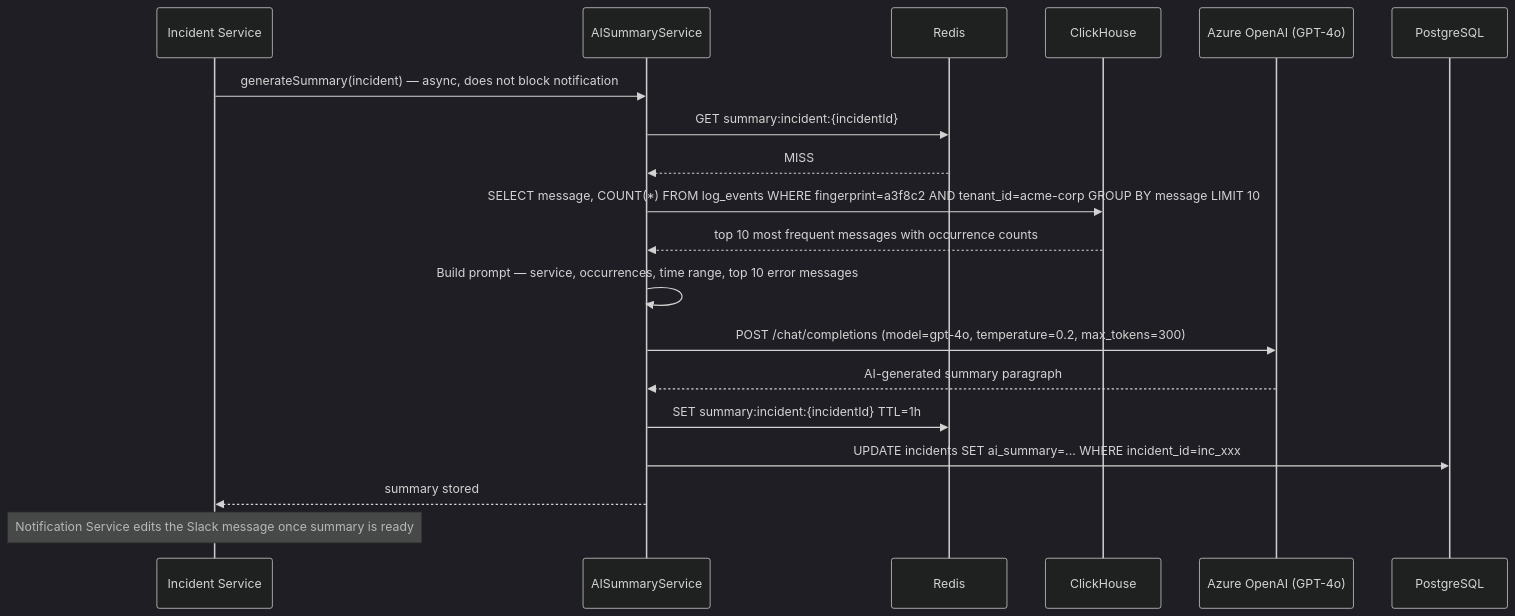
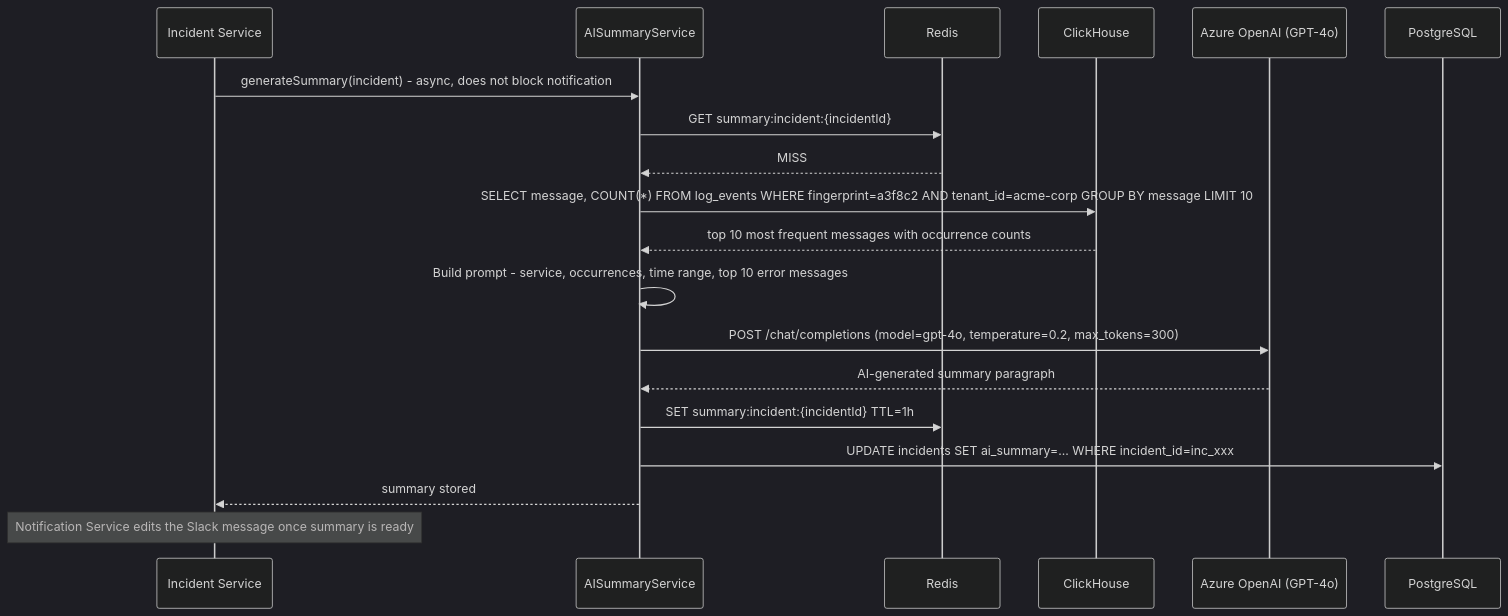
The seventh of 7 diagrams in content/docs/architecture/flow-diagrams.mdx (ashmitjsg/log0-website), drawn with Mermaid (dark theme) before and after one commit. The commit also changed other lines of this file and 4 other files, not shown here.

````diff
--- a/content/docs/architecture/flow-diagrams.mdx
+++ b/content/docs/architecture/flow-diagrams.mdx
@@ -392,28 +392,28 @@
 ```mermaid
 sequenceDiagram
     participant IS as Incident Service
     participant AIS as AISummaryService
     participant Cache as Redis
     participant CH as ClickHouse
     participant LLM as Azure OpenAI (GPT-4o)
     participant PG as PostgreSQL
 
-    IS->>AIS: generateSummary(incident) — async, does not block notification
+    IS->>AIS: generateSummary(incident) - async, does not block notification
 
     AIS->>Cache: GET summary:incident:{incidentId}
     Cache-->>AIS: MISS
 
     AIS->>CH: SELECT message, COUNT(*) FROM log_events WHERE fingerprint=a3f8c2 AND tenant_id=acme-corp GROUP BY message LIMIT 10
     CH-->>AIS: top 10 most frequent messages with occurrence counts
 
-    AIS->>AIS: Build prompt — service, occurrences, time range, top 10 error messages
+    AIS->>AIS: Build prompt - service, occurrences, time range, top 10 error messages
 
     AIS->>LLM: POST /chat/completions (model=gpt-4o, temperature=0.2, max_tokens=300)
     LLM-->>AIS: AI-generated summary paragraph
 
     AIS->>Cache: SET summary:incident:{incidentId} TTL=1h
     AIS->>PG: UPDATE incidents SET ai_summary=... WHERE incident_id=inc_xxx
     AIS-->>IS: summary stored
 
     Note over IS: Notification Service edits the Slack message once summary is ready
 ```
````
